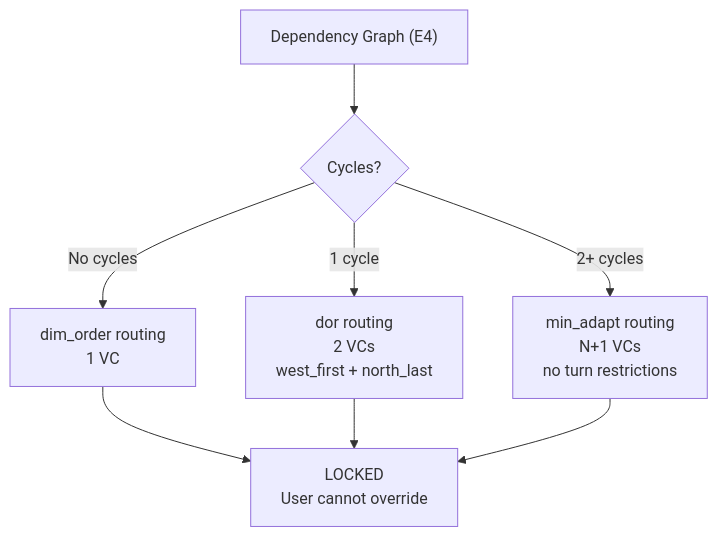
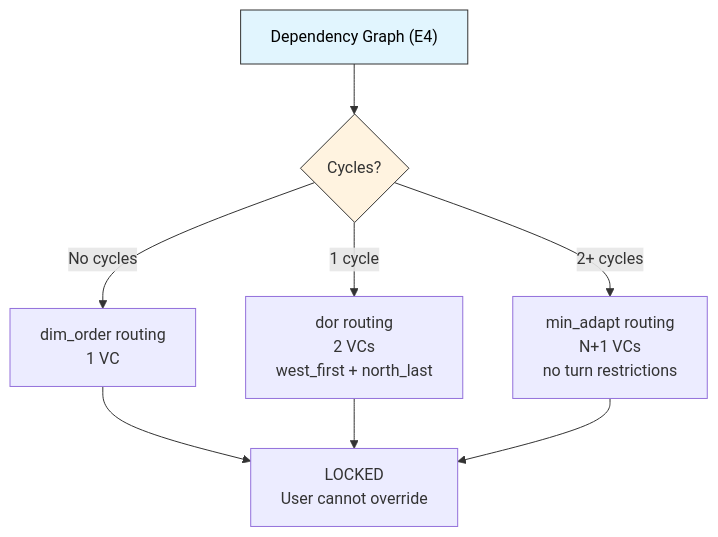
Before and after one commit to Anmol-S314/veritx-research: the second of 17 diagrams in tracks/t3-topology/dse/README.md, drawn with Mermaid. The commit also changed other lines of this file and 1 other file, not shown here.

First line of the commit message:
docs: improve Mermaid diagram styling across all 22 diagrams

````diff
--- a/tracks/t3-topology/dse/README.md
+++ b/tracks/t3-topology/dse/README.md
@@ -119,10 +130,21 @@
 ```mermaid
 flowchart TD
     A["Dependency Graph (E4)"] --> B{"Cycles?"}
     B -->|"No cycles"| C["dim_order routing\n1 VC"]
     B -->|"1 cycle"| D["dor routing\n2 VCs\nwest_first + north_last"]
     B -->|"2+ cycles"| E["min_adapt routing\nN+1 VCs\nno turn restrictions"]
     C --> F[" LOCKED\nUser cannot override"]
     D --> F
     E --> F
+
+    style A fill:#e1f5fe,stroke:#333
+    style B fill:#fff3e0,stroke:#333
+
+
+    classDef input fill:#e1f5fe,stroke:#01579b,color:#000
+    classDef cli fill:#e8f5e9,stroke:#2e7d32,color:#000
+    classDef sim fill:#fff3e0,stroke:#e65100,color:#000
+    classDef api fill:#fce4ec,stroke:#c62828,color:#000
+    classDef output fill:#f3e5f5,stroke:#6a1b9a,color:#000
+    class A cli
 ```
````
